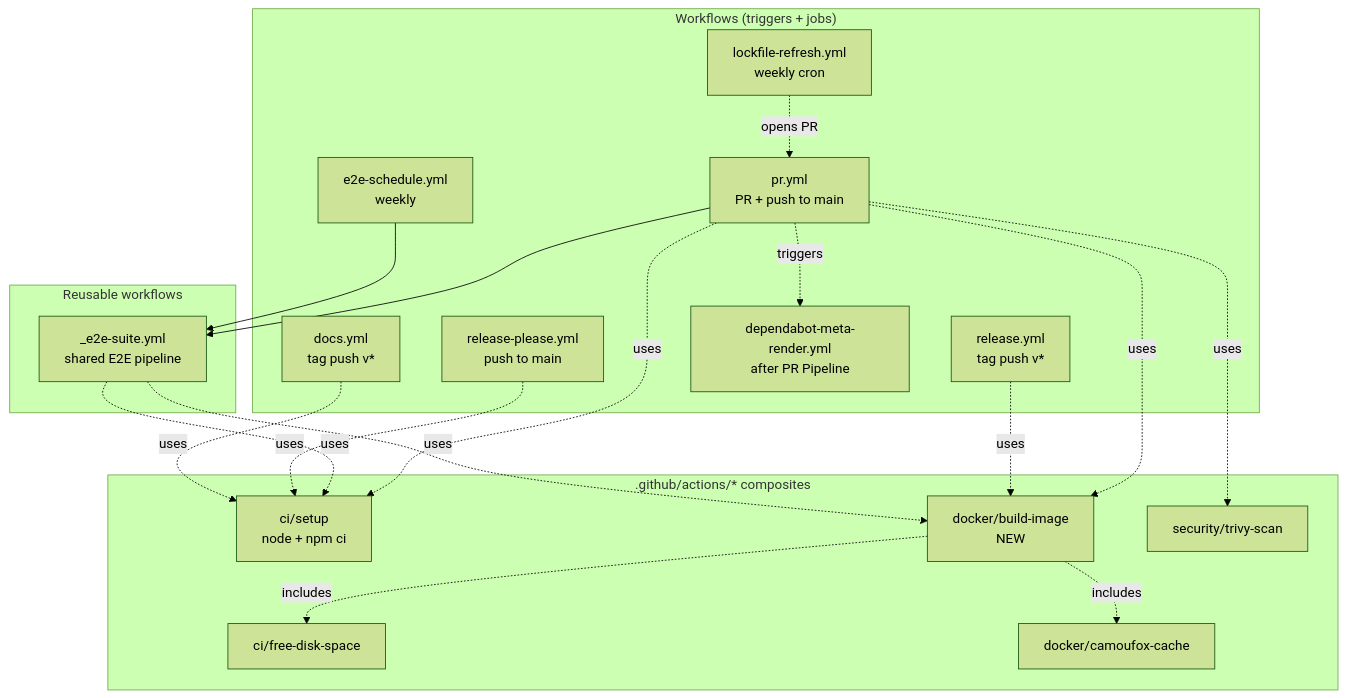
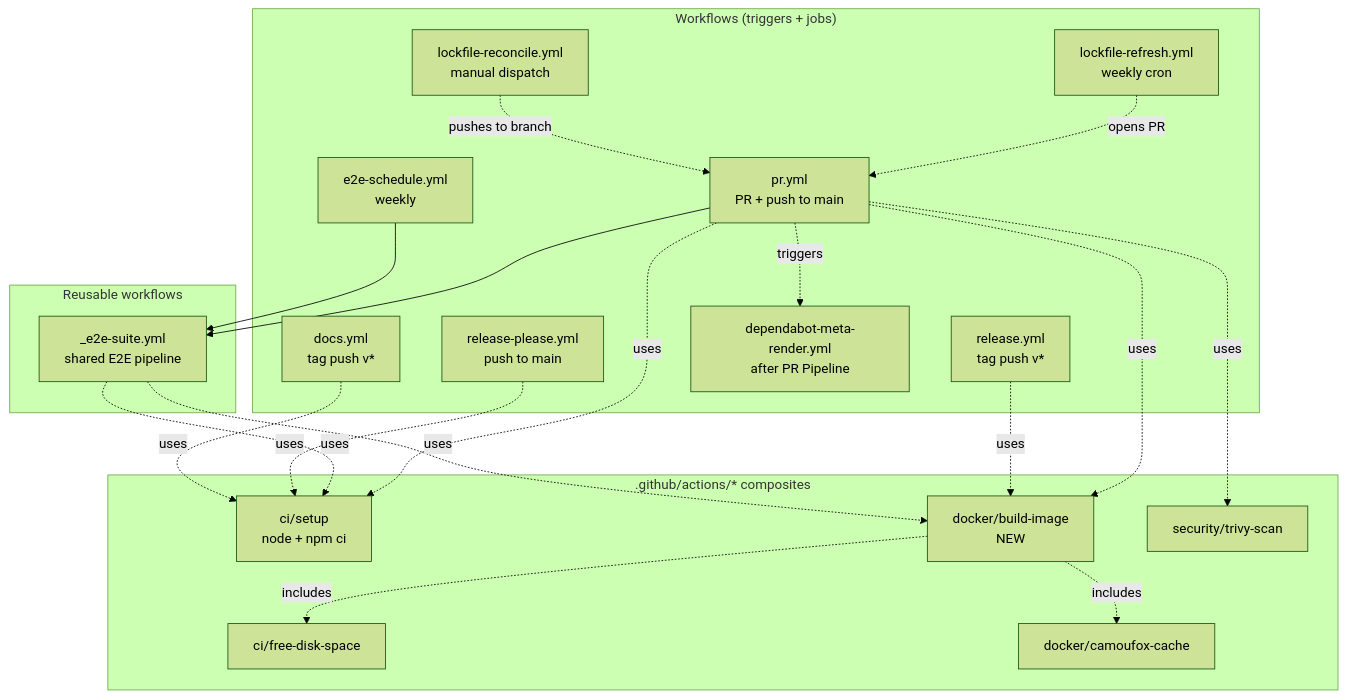
The first of 2 diagrams in docs/architecture/ci-pipeline.md (sergienko4/israeli-bank-scrapers-to-actual-budget), drawn with Mermaid (forest theme) before and after one commit. The commit also changed other lines of this file and 1 other file, not shown here.

First line of the commit message:
docs(ci): record the lockfile reconcile decision

````diff
--- a/docs/architecture/ci-pipeline.md
+++ b/docs/architecture/ci-pipeline.md
@@ -20,39 +20,41 @@
 ```mermaid
 graph TD
   subgraph Workflows["Workflows (triggers + jobs)"]
     PR[pr.yml<br/>PR + push to main]
     REL[release.yml<br/>tag push v*]
     SCH[release-please.yml<br/>push to main]
     DOCS[docs.yml<br/>tag push v*]
     E2ES[e2e-schedule.yml<br/>weekly]
     LFR[lockfile-refresh.yml<br/>weekly cron]
+    LFRC[lockfile-reconcile.yml<br/>manual dispatch]
     DMR[dependabot-meta-render.yml<br/>after PR Pipeline]
   end
 
   subgraph Reusable["Reusable workflows"]
     E2E[_e2e-suite.yml<br/>shared E2E pipeline]
   end
 
   subgraph Composites[".github/actions/* composites"]
     SETUP[ci/setup<br/>node + npm ci]
     FREE[ci/free-disk-space]
     CAM[docker/camoufox-cache]
     BUILD[docker/build-image<br/>NEW]
     TRIVY[security/trivy-scan]
   end
 
   PR --> E2E
   PR -.triggers.-> DMR
   E2ES --> E2E
   LFR -.opens PR.-> PR
+  LFRC -.pushes to branch.-> PR
   PR -.uses.-> SETUP
   PR -.uses.-> BUILD
   PR -.uses.-> TRIVY
   REL -.uses.-> BUILD
   E2E -.uses.-> SETUP
   E2E -.uses.-> BUILD
   SCH -.uses.-> SETUP
   DOCS -.uses.-> SETUP
   BUILD -.includes.-> FREE
   BUILD -.includes.-> CAM
 ```
````
